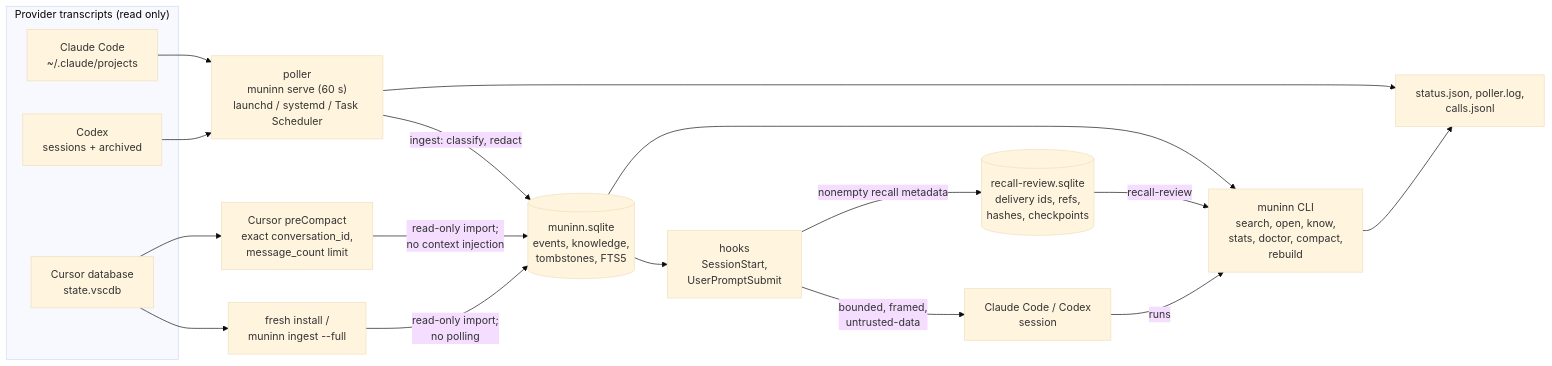
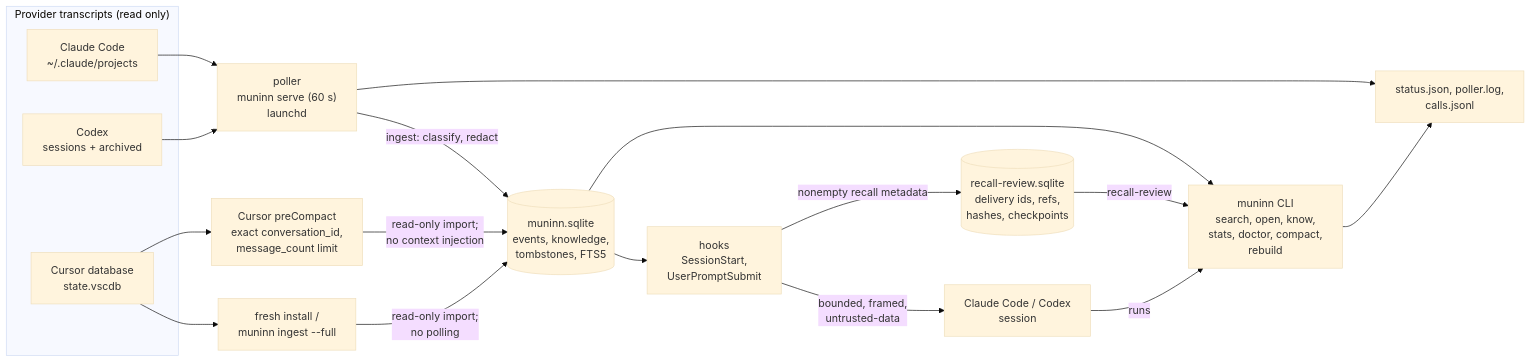
One commit to blueman82/muninn changed the diagram in docs/ARCHITECTURE.md. Above: the diagram before and after it, drawn with Mermaid (base theme). The commit also changed other lines of this file and 14 other files, not shown here.

````diff
--- a/docs/ARCHITECTURE.md
+++ b/docs/ARCHITECTURE.md
@@ -3,32 +3,32 @@
 ```mermaid
 flowchart LR
   subgraph Providers["Provider transcripts (read only)"]
     CC["Claude Code<br/>~/.claude/projects"]
     CX["Codex<br/>sessions + archived"]
     CUR["Cursor database<br/>state.vscdb"]
   end
-  P["poller<br/>muninn serve (60 s)<br/>launchd / systemd / Task Scheduler"]
+  P["poller<br/>muninn serve (60 s)<br/>launchd"]
   CI["fresh install /<br/>muninn ingest --full"]
   CH["Cursor preCompact<br/>exact conversation_id,<br/>message_count limit"]
   DB[("muninn.sqlite<br/>events, knowledge,<br/>tombstones, FTS5")]
   CLI["muninn CLI<br/>search, open, know,<br/>stats, doctor, compact,<br/>rebuild"]
   H["hooks<br/>SessionStart,<br/>UserPromptSubmit"]
   A["Claude Code / Codex<br/>session"]
   L["status.json, poller.log,<br/>calls.jsonl"]
   R[("recall-review.sqlite<br/>delivery ids, refs,<br/>hashes, checkpoints")]
   CC --> P
   CX --> P
   P -->|"ingest: classify, redact"| DB
   CUR --> CI
   CUR --> CH
   CH -->|"read-only import;<br/>no context injection"| DB
   CI -->|"read-only import;<br/>no polling"| DB
   P --> L
   DB --> CLI
   DB --> H
   H -->|"nonempty recall metadata"| R
   R -->|"recall-review"| CLI
   H -->|"bounded, framed,<br/>untrusted-data"| A
   A -->|"runs"| CLI
   CLI --> L
 ```
````
